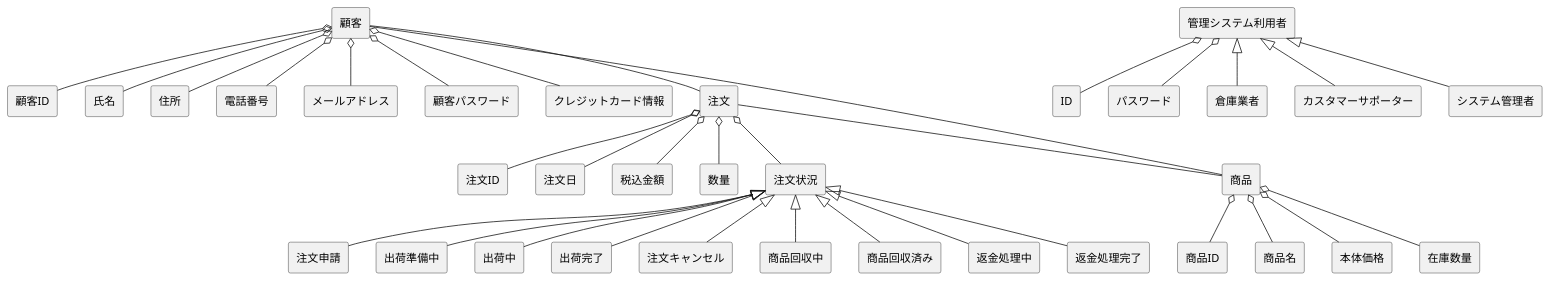
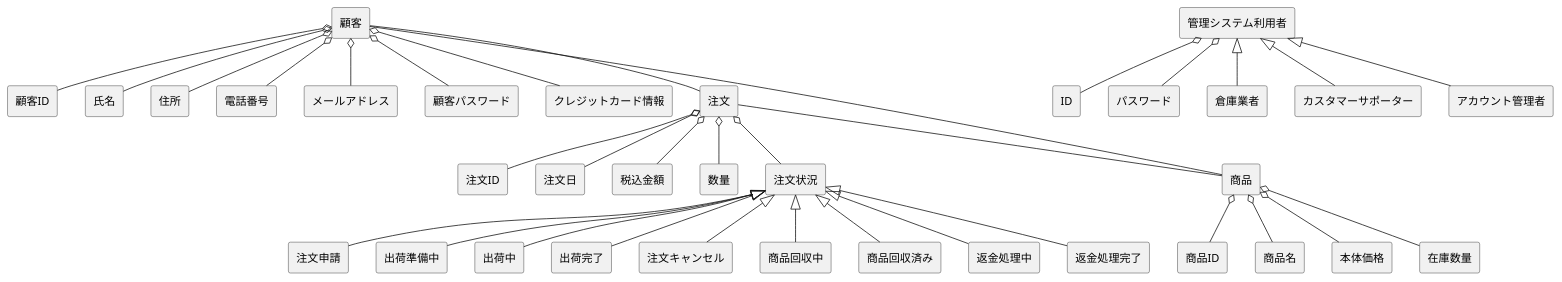
One commit to ko246/ohara_uml changed the diagram in group/3-3_総合演習1_BBショップ注文管理システム/ドメインモデル図/domain.pu. Above: the diagram before and after it, drawn with PlantUML. The commit also changed 2 other files, not shown here.

Commit message:
クラス図（仮）ドメインモデル図、ユースケース図変更

```diff
--- a/group/3-3_総合演習1_BBショップ注文管理システム/ドメインモデル図/domain.pu
+++ b/group/3-3_総合演習1_BBショップ注文管理システム/ドメインモデル図/domain.pu
@@ -1,43 +1,43 @@
 @startuml Robodogドメインモデル図
 skinparam componentStyle rectangle
 
 [顧客] o-- [顧客ID]
 [顧客] o-- [氏名]
 [顧客] o-- [住所]
 [顧客] o-- [電話番号]
 [顧客] o-- [メールアドレス]
 [顧客] o-- [顧客パスワード]
 [顧客] o-- [クレジットカード情報]
 
 [注文] o-- [注文ID]
 [注文] o-- [注文日]
 [注文] o-- [税込金額]
 [注文] o-- [数量]
 [注文] o-- [注文状況]
 
 [注文状況] <|-- [注文申請]
 [注文状況] <|-- [出荷準備中]
 [注文状況] <|-- [出荷中]
 [注文状況] <|-- [出荷完了]
 [注文状況] <|-- [注文キャンセル]
 [注文状況] <|-- [商品回収中]
 [注文状況] <|-- [商品回収済み]
 [注文状況] <|-- [返金処理中]
 [注文状況] <|-- [返金処理完了]
 
 [商品] o-- [商品ID]
 [商品] o-- [商品名]
 [商品] o-- [本体価格]
 [商品] o-- [在庫数量]
 
 [商品] -- [顧客]
 [注文] -- [商品]
 [顧客] -- [注文]
 
 [管理システム利用者] o-- [ID]
 [管理システム利用者] o-- [パスワード]
 [管理システム利用者] <|-- [倉庫業者]
 [管理システム利用者] <|-- [カスタマーサポーター]
-[管理システム利用者] <|-- [システム管理者]
+[管理システム利用者] <|-- [アカウント管理者]
 
 @enduml
```
